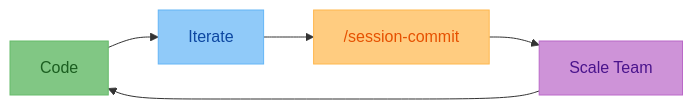
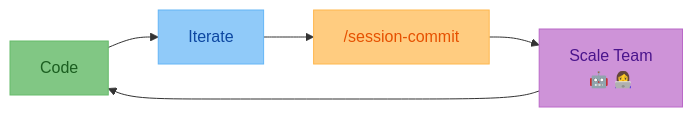
One commit to Olshansk/agent-md changed the first of 3 diagrams in README.md. Above: the diagram before and after it, drawn with Mermaid. The commit also changed other lines of this file and 1 other file, not shown here.

````diff
--- a/README.md
+++ b/README.md
@@ -18,12 +18,12 @@
 ```mermaid
 graph LR
     A[Code]:::code --> B[Iterate]:::iterate
     B --> C["/session-commit"]:::commit
-    C --> D[Scale Team]:::scale
+    C --> D["Scale Team<br>🤖 👩‍💻"]:::scale
     D --> A
 
     classDef code fill:#81C784,color:#1B5E20,stroke:#66BB6A
     classDef iterate fill:#90CAF9,color:#0D47A1,stroke:#64B5F6
     classDef commit fill:#FFCC80,color:#E65100,stroke:#FFB74D
     classDef scale fill:#CE93D8,color:#4A148C,stroke:#BA68C8
 ```
````
